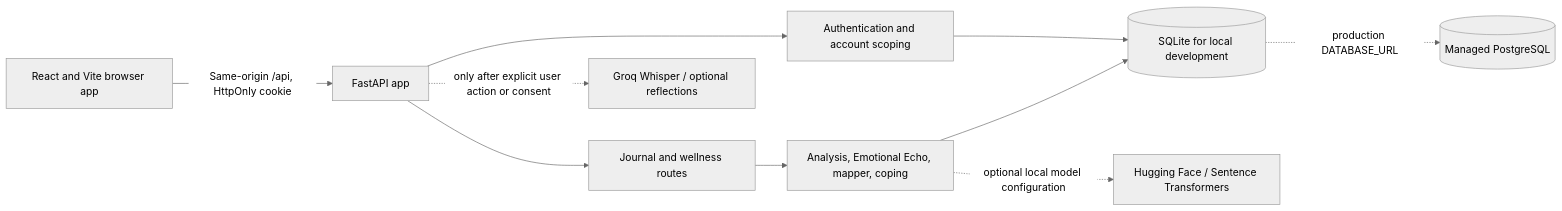
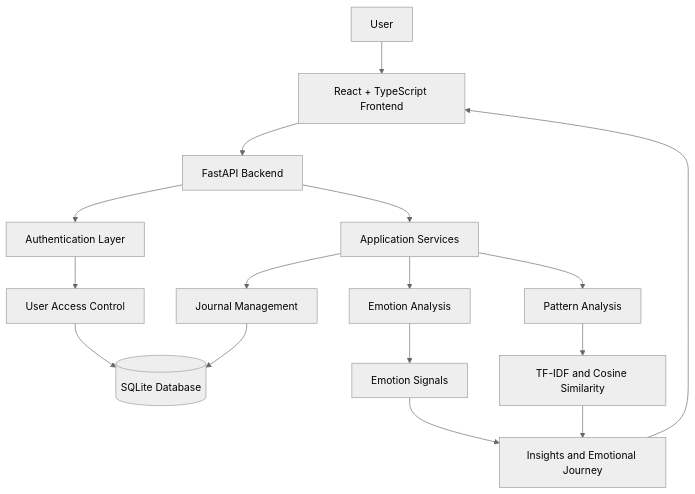
Before and after one commit to Moushmiraj27/SentinelText-AI: the first of 2 diagrams in README.md, drawn with Mermaid (neutral theme). The commit also changed other lines of this file and 3 other files, not shown here.

````diff
--- a/README.md
+++ b/README.md
@@ -45,12 +226,24 @@
-```mermaid
-flowchart LR
-    Browser[React and Vite browser app] -->|Same-origin /api, HttpOnly cookie| API[FastAPI app]
-    API --> Auth[Authentication and account scoping]
-    API --> Routes[Journal and wellness routes]
-    Routes --> Services[Analysis, Emotional Echo, mapper, coping]
-    Auth --> DB[(SQLite for local development)]
-    Services --> DB
-    DB -. production DATABASE_URL .-> PG[(Managed PostgreSQL)]
-    API -. only after explicit user action or consent .-> Groq[Groq Whisper / optional reflections]
-    Services -. optional local model configuration .-> Models[Hugging Face / Sentence Transformers]
+``` mermaid
+flowchart TD
+    A[User] --> B[React + TypeScript Frontend]
+    B --> C[FastAPI Backend]
+
+    C --> D[Authentication Layer]
+    C --> E[Application Services]
+
+    D --> F[User Access Control]
+    E --> G[Journal Management]
+    E --> H[Emotion Analysis]
+    E --> I[Pattern Analysis]
+
+    G --> J[(SQLite Database)]
+    F --> J
+
+    H --> K[Emotion Signals]
+    I --> L[TF-IDF and Cosine Similarity]
+
+    K --> M[Insights and Emotional Journey]
+    L --> M
+
+    M --> B
 ```
````
